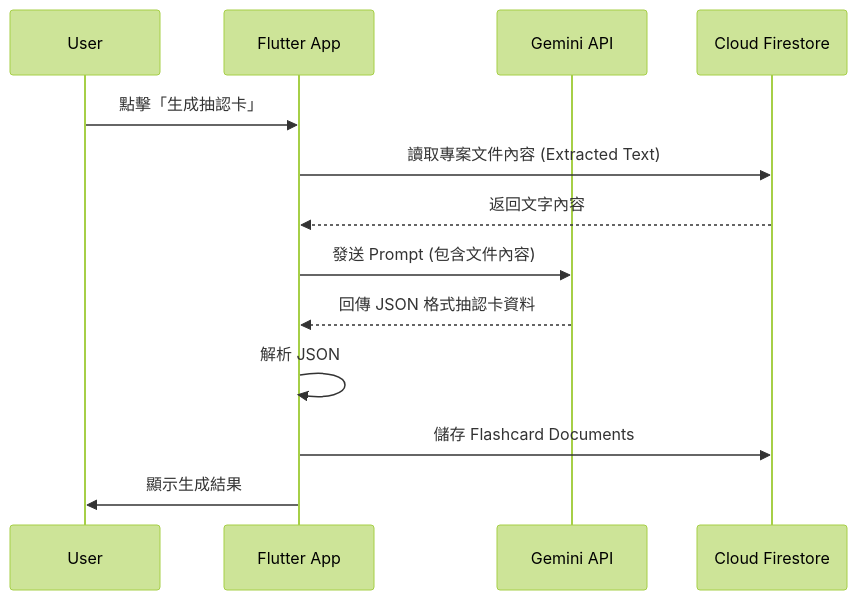
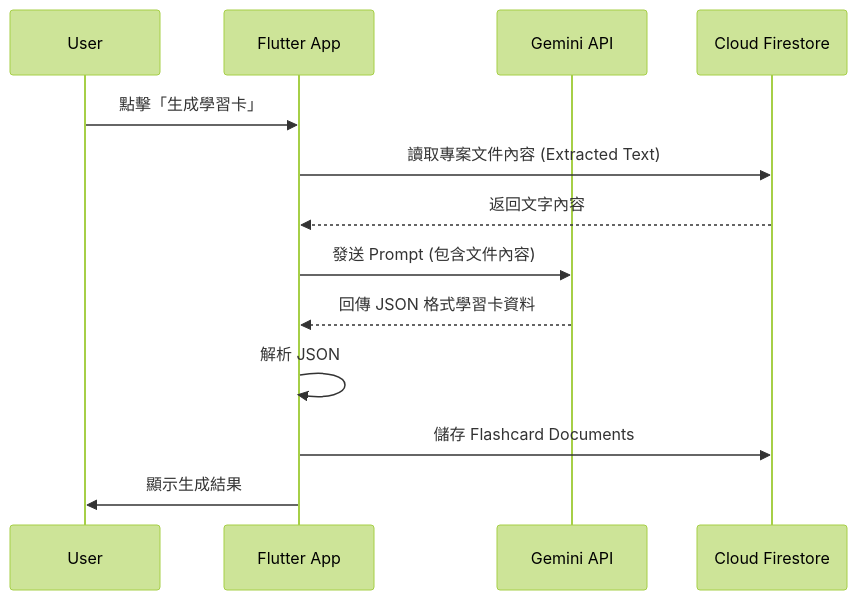
The second of 4 diagrams in docs/SDD.md (ghote-app/ghote), drawn with Mermaid (forest theme) before and after one commit. The commit also changed other lines of this file and 15 other files, not shown here.

````diff
--- a/docs/SDD.md
+++ b/docs/SDD.md
@@ -164,16 +164,16 @@
 ```mermaid
 sequenceDiagram
     participant User
     participant App as Flutter App
     participant Gemini as Gemini API
     participant Firestore as Cloud Firestore
 
-    User->>App: 點擊「生成抽認卡」
+    User->>App: 點擊「生成學習卡」
     App->>Firestore: 讀取專案文件內容 (Extracted Text)
     Firestore-->>App: 返回文字內容
     App->>Gemini: 發送 Prompt (包含文件內容)
-    Gemini-->>App: 回傳 JSON 格式抽認卡資料
+    Gemini-->>App: 回傳 JSON 格式學習卡資料
     App->>App: 解析 JSON
     App->>Firestore: 儲存 Flashcard Documents
     App->>User: 顯示生成結果
 ```
````
